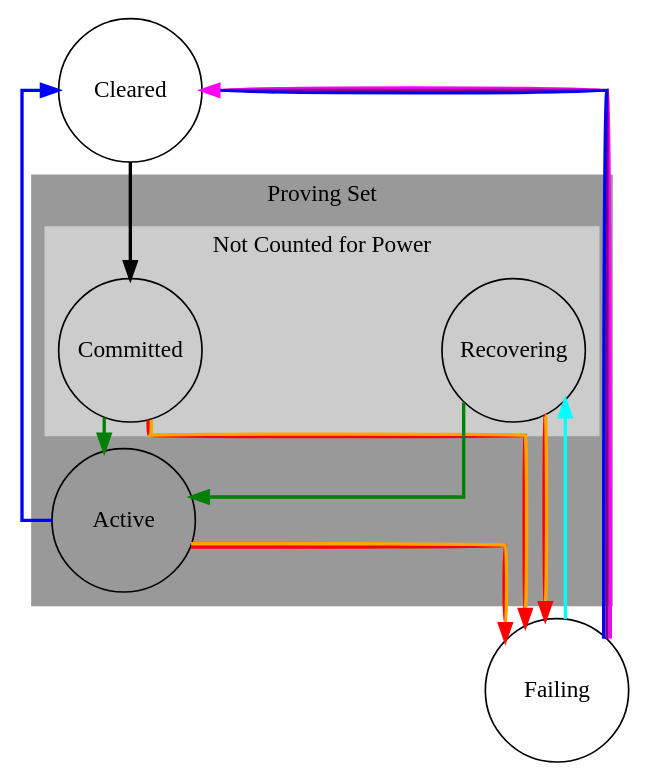
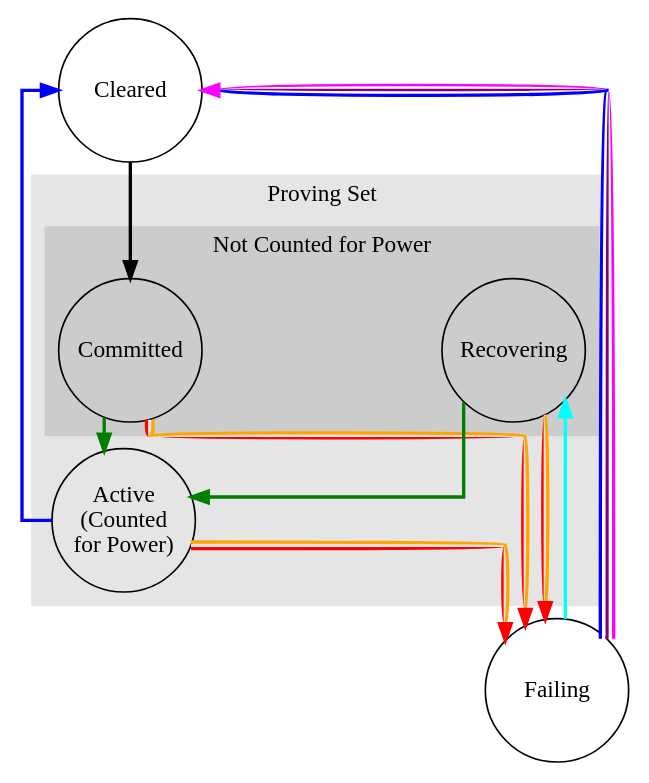
Before and after one commit to filecoin-project/specs: the diagram in src/systems/filecoin_mining/storage_mining/diagrams/sector_state.dot, drawn with Graphviz. The commit also changed 2 other files, not shown here.

Commit message:
sector_state: change fsm diagram some

```diff
--- a/src/systems/filecoin_mining/storage_mining/diagrams/sector_state.dot
+++ b/src/systems/filecoin_mining/storage_mining/diagrams/sector_state.dot
@@ -1,59 +1,60 @@
 digraph sectoRecovering {
   Compound=true
   splines=ortho
   ranksep=0.2
   nodesep=2
   node [shape=circle width=1.2 fixedsize=true]
   edge [penwidth=2]
   Cleared
   subgraph cluster_0 {
       label="Proving Set"
       style=filled
-      color=grey60
+      color=grey90
      Committed
-     Active
+     Active [label="Active\n(Counted\nfor Power)"]
      Recovering
 
      subgraph cluster_1 {
          label="Not Counted for Power"
          style=filled
          color=grey80
          Committed
          Recovering
      }
   }
 
   // black: sm.CommitSector
   // green: sm.SubmitPoSt - ActivateSectors
   // orange: sm.DeclareFaults - sm.FailSector
   // red: sm.CronAction - sm.FailSector
   // cyan: sm.RecoverFaults
   // blue: sm.SubmitPoSt - Expiration - ClearSector
   // magenta: sm.SubmitPoSt - MaxFCount - ClearSector
   // purple: sm.CronAction - MaxFCount - ClearSector
 
   Cleared -> Committed [color="black"]
   Committed -> Active [color="green"]
   Recovering -> Active [color="green"]
 
   // either declare Fault or miss PoSt
-  Active -> Failing [color="red:orange"]
+  Active -> Failing [color="red:gray90:orange"]
 
   // only miss PoSt, otherwise PoSt will move Recovering to Active
   // Recovering -> Cleared [constraint=false color="magenta"]
   // only miss PoSt, otherwise PoSt will move Committed to Active
   // Committed -> Cleared [constraint=false color="magenta"]
 
   Failing -> Recovering [constraint=false color="cyan"]
 
   // only submit PoSt and expire, otherwise will move to Failing
   Active -> Cleared [constraint=false color="blue"]
 
   // either miss PoSt (MFC) or submit PoSt (still in FaultSet) expire/MFC
-  Failing -> Cleared [constraint=false color="magenta:purple:blue"]
+  Failing -> Cleared [constraint=false color="magenta:white:purple:white:blue"]
 
   // either declare fault or miss PoSt
-  Committed -> Failing [color="red:orange"]
-  Recovering -> Failing [color="red:orange"]
+  Committed -> Failing [color="red:gray90:orange"]
+  Recovering -> Failing [color="red:gray90:orange"]
+
 
 }
```
